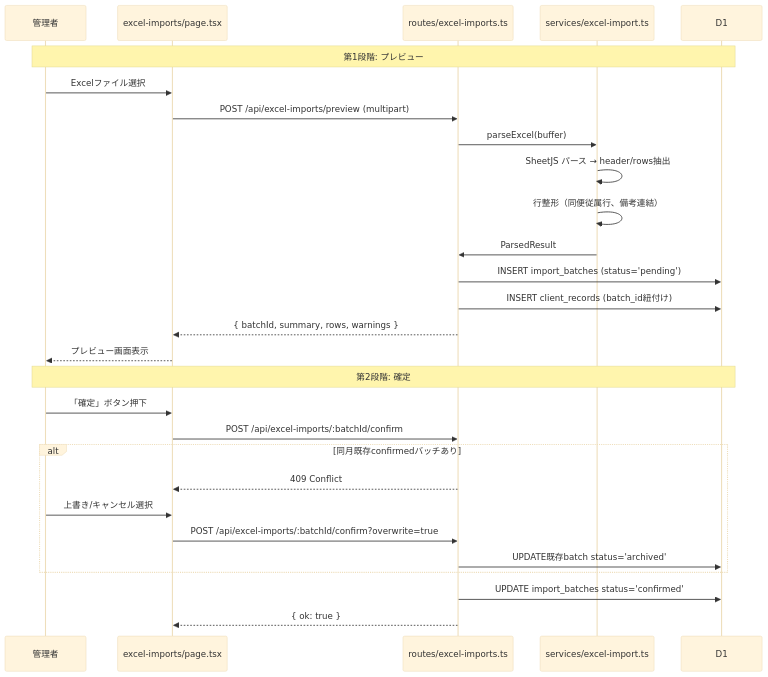
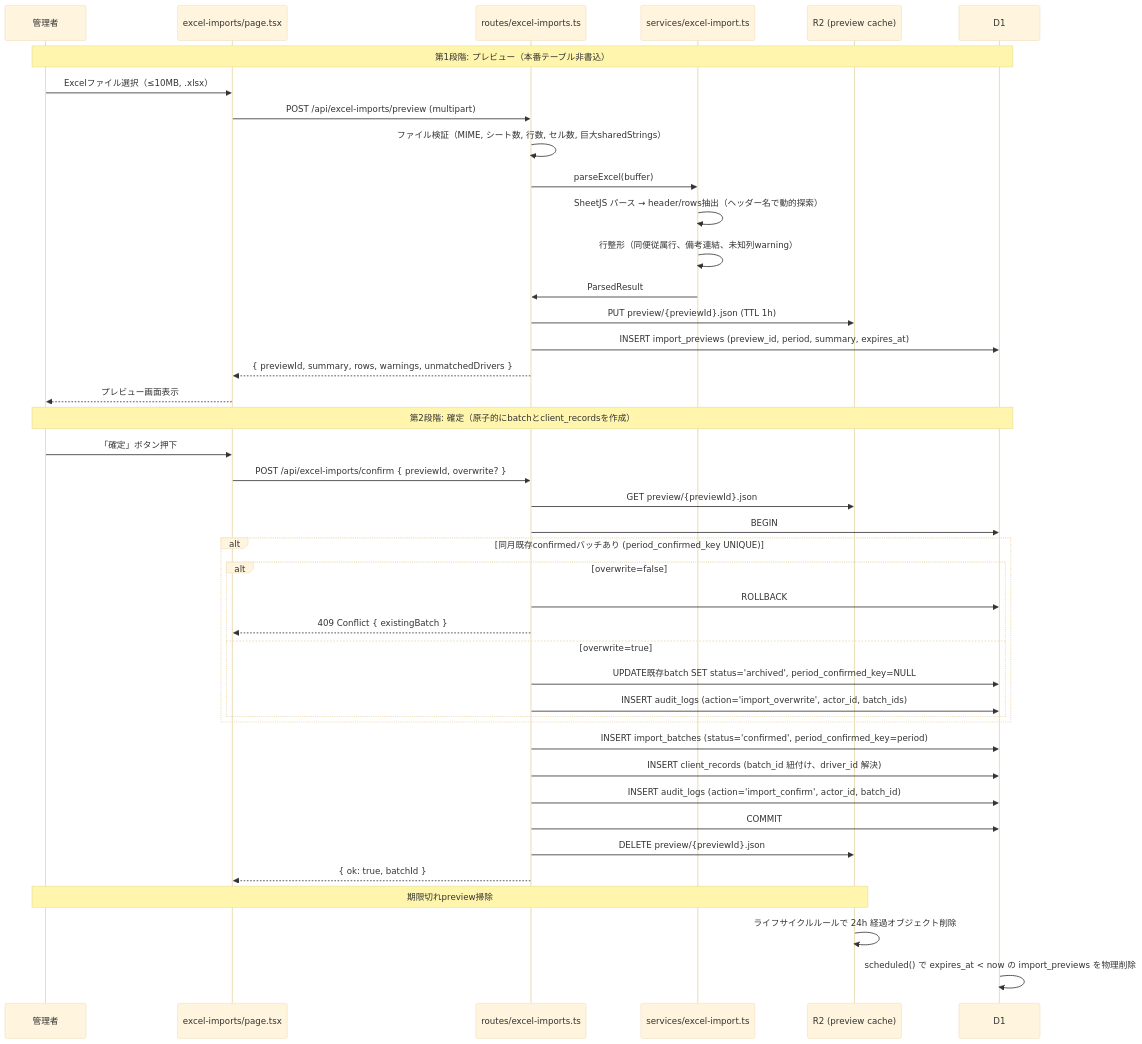
One commit to saku1024/steelo-invoice changed the third of 6 diagrams in .kiro/specs/phase1-mvp/design.md. Above: the diagram before and after it, drawn with Mermaid (base theme). The commit also changed other lines of this file and 5 other files, not shown here.

````diff
--- a/.kiro/specs/phase1-mvp/design.md
+++ b/.kiro/specs/phase1-mvp/design.md
@@ -254,32 +289,47 @@
 ```mermaid
 sequenceDiagram
     participant U as 管理者
     participant Web as excel-imports/page.tsx
     participant API as routes/excel-imports.ts
     participant S as services/excel-import.ts
+    participant R2 as R2 (preview cache)
     participant DB as D1
 
-    Note over U,DB: 第1段階: プレビュー
-    U->>Web: Excelファイル選択
+    Note over U,DB: 第1段階: プレビュー（本番テーブル非書込）
+    U->>Web: Excelファイル選択（≤10MB, .xlsx）
     Web->>API: POST /api/excel-imports/preview (multipart)
+    API->>API: ファイル検証（MIME, シート数, 行数, セル数, 巨大sharedStrings）
     API->>S: parseExcel(buffer)
-    S->>S: SheetJS パース → header/rows抽出
-    S->>S: 行整形（同便従属行、備考連結）
+    S->>S: SheetJS パース → header/rows抽出（ヘッダー名で動的探索）
+    S->>S: 行整形（同便従属行、備考連結、未知列warning）
     S->>API: ParsedResult
-    API->>DB: INSERT import_batches (status='pending')
-    API->>DB: INSERT client_records (batch_id紐付け)
-    API-->>Web: { batchId, summary, rows, warnings }
+    API->>R2: PUT preview/{previewId}.json (TTL 1h)
+    API->>DB: INSERT import_previews (preview_id, period, summary, expires_at)
+    API-->>Web: { previewId, summary, rows, warnings, unmatchedDrivers }
     Web-->>U: プレビュー画面表示
 
-    Note over U,DB: 第2段階: 確定
+    Note over U,DB: 第2段階: 確定（原子的にbatchとclient_recordsを作成）
     U->>Web: 「確定」ボタン押下
-    Web->>API: POST /api/excel-imports/:batchId/confirm
-    alt 同月既存confirmedバッチあり
-        API-->>Web: 409 Conflict
-        U->>Web: 上書き/キャンセル選択
-        Web->>API: POST /api/excel-imports/:batchId/confirm?overwrite=true
-        API->>DB: UPDATE既存batch status='archived'
+    Web->>API: POST /api/excel-imports/confirm { previewId, overwrite? }
+    API->>R2: GET preview/{previewId}.json
+    API->>DB: BEGIN
+    alt 同月既存confirmedバッチあり (period_confirmed_key UNIQUE)
+        alt overwrite=false
+            API->>DB: ROLLBACK
+            API-->>Web: 409 Conflict { existingBatch }
+        else overwrite=true
+            API->>DB: UPDATE既存batch SET status='archived', period_confirmed_key=NULL
+            API->>DB: INSERT audit_logs (action='import_overwrite', actor_id, batch_ids)
+        end
     end
-    API->>DB: UPDATE import_batches status='confirmed'
-    API-->>Web: { ok: true }
+    API->>DB: INSERT import_batches (status='confirmed', period_confirmed_key=period)
+    API->>DB: INSERT client_records (batch_id 紐付け、driver_id 解決)
+    API->>DB: INSERT audit_logs (action='import_confirm', actor_id, batch_id)
+    API->>DB: COMMIT
+    API->>R2: DELETE preview/{previewId}.json
+    API-->>Web: { ok: true, batchId }
+
+    Note over U,R2: 期限切れpreview掃除
+    R2->>R2: ライフサイクルルールで 24h 経過オブジェクト削除
+    DB->>DB: scheduled() で expires_at < now の import_previews を物理削除
 ```
````
